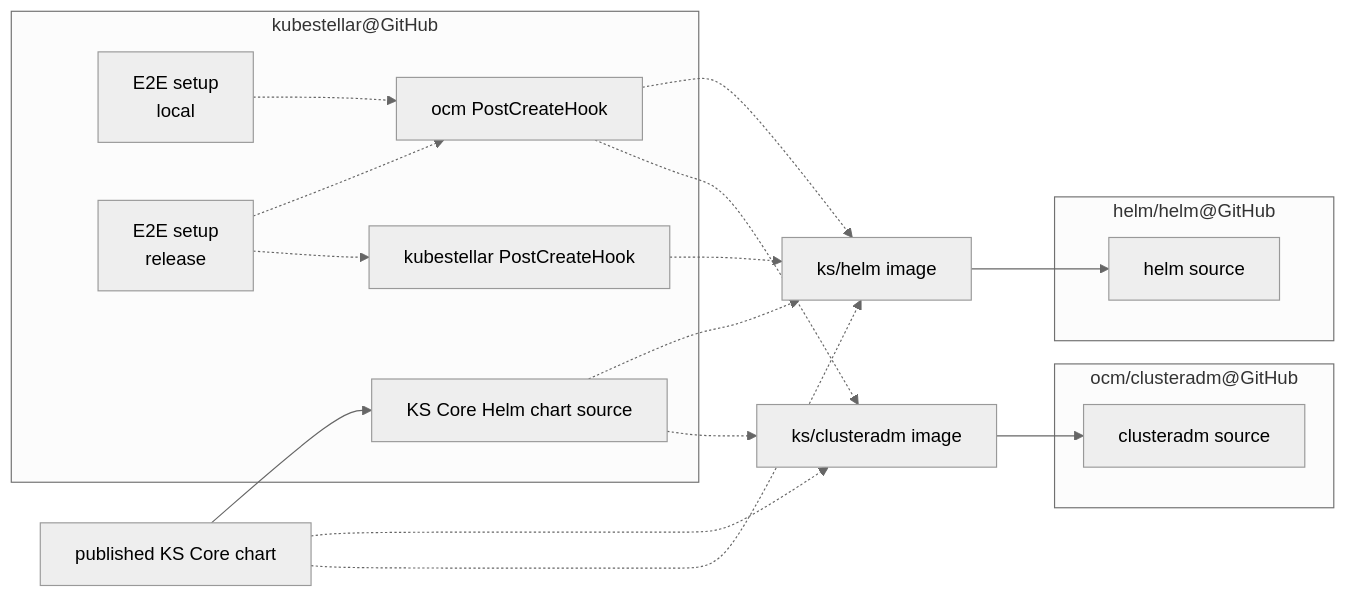
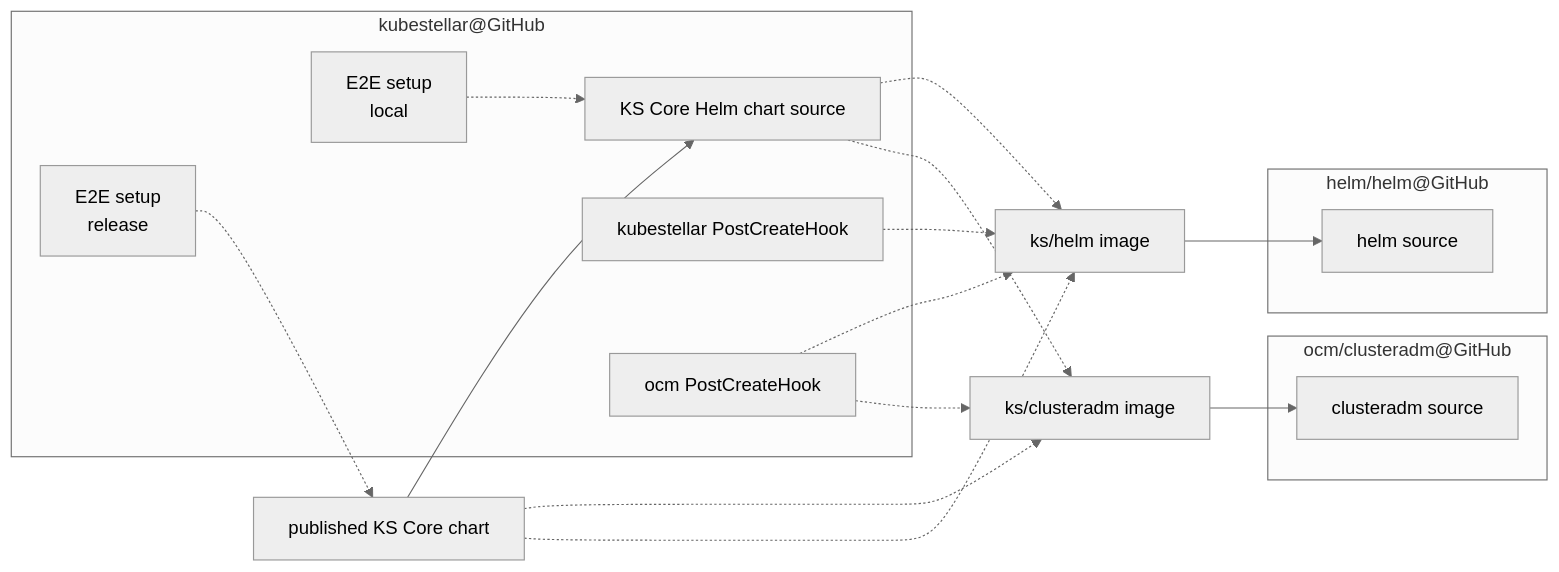
One commit to kubestellar/kubestellar changed the fourth of 5 diagrams in docs/content/direct/packaging.md. Above: the diagram before and after it, drawn with Mermaid (neutral theme). The commit also changed other lines of this file and 1 other file, not shown here.

Commit message:
Start updating packaging.md for chart inlining

````diff
--- a/docs/content/direct/packaging.md
+++ b/docs/content/direct/packaging.md
@@ -131,29 +127,28 @@
 ```mermaid
 flowchart LR
     subgraph helm_repo["helm/helm@GitHub"]
     helm_src["helm source"]
     end
     subgraph cladm_repo["ocm/clusteradm@GitHub"]
     cladm_src["clusteradm source"]
     end
     subgraph ks_repo["kubestellar@GitHub"]
     ksc_hc_src[KS Core Helm chart source]
     ks_pch[kubestellar PostCreateHook]
     ocm_pch["ocm PostCreateHook"]
     e2e_local["E2E setup<br>local"]
     e2e_release["E2E setup<br>release"]
     end
     helm_image["ks/helm image"] --> helm_src
     cladm_image["ks/clusteradm image"] --> cladm_src
     ocm_pch -.-> helm_image
     ocm_pch -.-> cladm_image
     ks_pch -.-> helm_image
     ksc_hc_repo[published KS Core chart] --> ksc_hc_src
     ksc_hc_src -.-> helm_image
     ksc_hc_src -.-> cladm_image
     ksc_hc_repo -.-> cladm_image
     ksc_hc_repo -.-> helm_image
-    e2e_local -.-> ocm_pch
-    e2e_release -.-> ocm_pch
-    e2e_release -.-> ks_pch
+    e2e_local -.-> ksc_hc_src
+    e2e_release -.-> ksc_hc_repo
 ```
````
